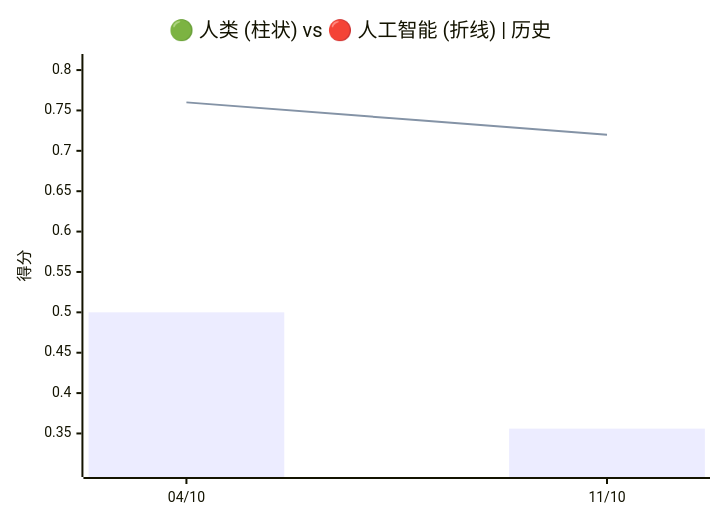
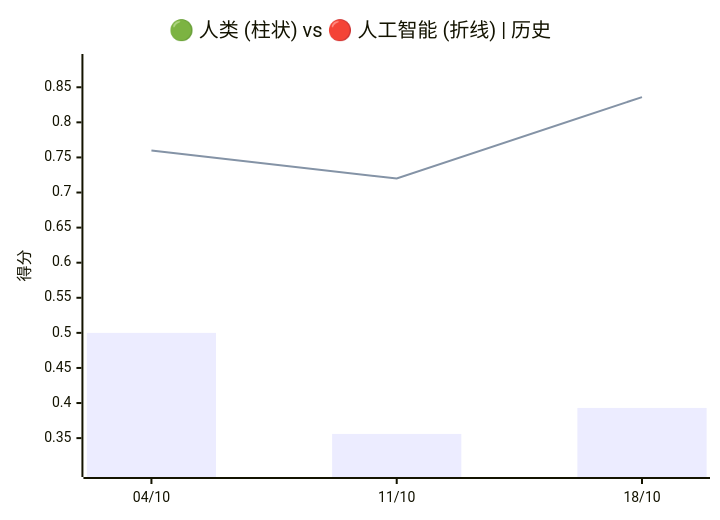
The first of 3 diagrams in README.zh.md (VQQLK/Human-AI-Monitor), drawn with Mermaid before and after one commit. The commit also changed other lines of this file and 10 other files, not shown here.

````diff
--- a/README.zh.md
+++ b/README.zh.md
@@ -35,8 +35,8 @@
 ```mermaid
 xychart-beta
     title "🟢 人类 (柱状) vs 🔴 人工智能 (折线) | 历史"
-    x-axis ["04/10", "11/10"]
-    y-axis "得分" 0.306 --> 0.810
-    bar [0.500, 0.356]
-    line [0.760, 0.720]
+    x-axis ["04/10", "11/10", "18/10"]
+    y-axis "得分" 0.306 --> 0.886
+    bar [0.500, 0.356, 0.393]
+    line [0.760, 0.720, 0.836]
 ```
````
